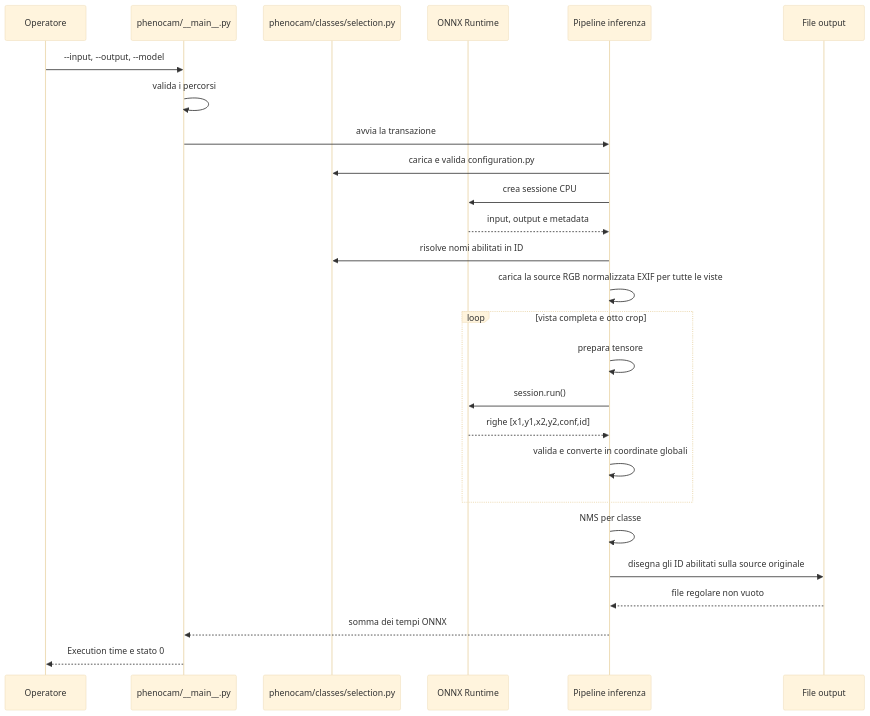
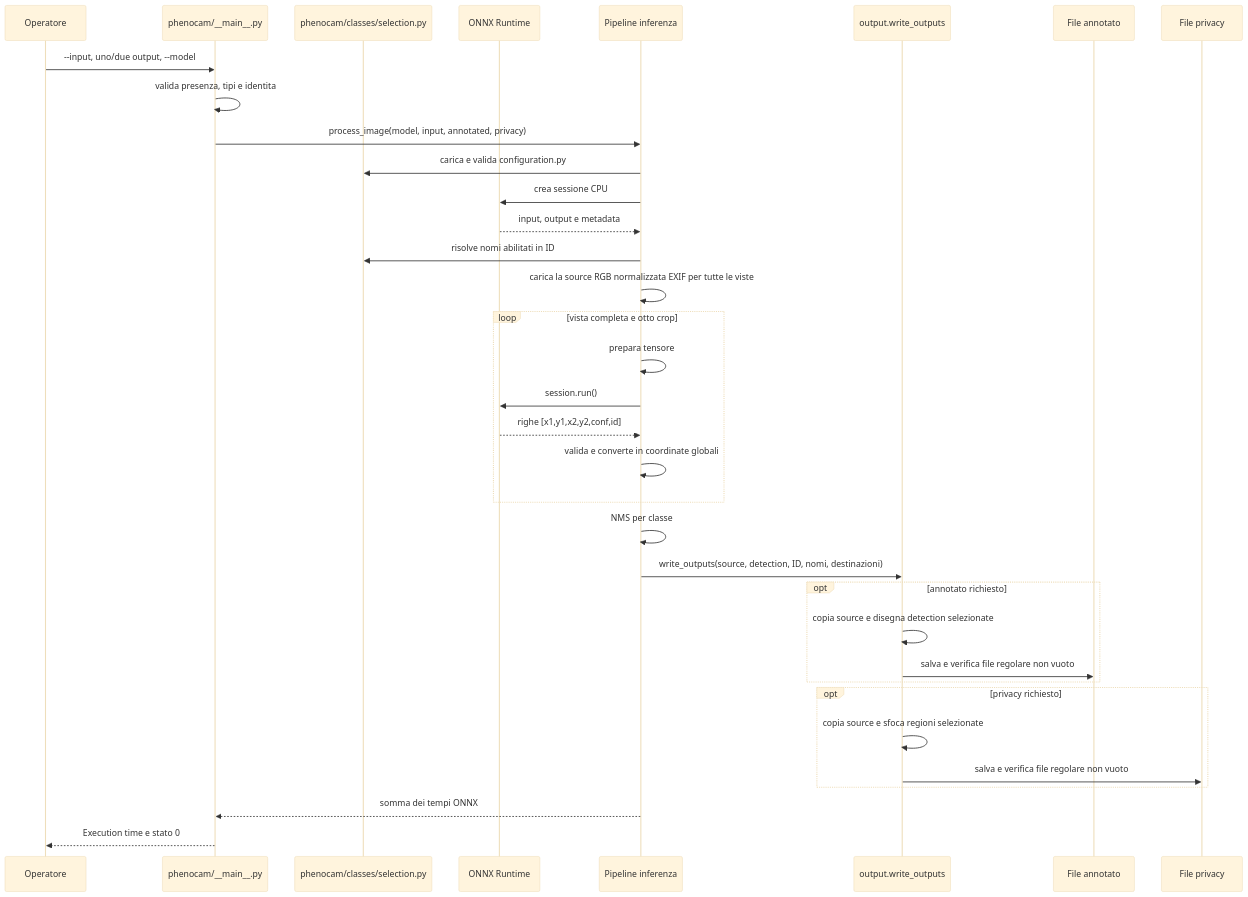
Before and after one commit to e-tufarini-terrasystem/phenocam-vision-edge: the second of 2 diagrams in docs/architettura.md, drawn with Mermaid (base theme). The commit also changed other lines of this file and 2 other files, not shown here.

````diff
--- a/docs/architettura.md
+++ b/docs/architettura.md
@@ -57,29 +59,38 @@
 ```mermaid
 sequenceDiagram
     participant U as Operatore
     participant R as phenocam/__main__.py
     participant S as phenocam/classes/selection.py
     participant O as ONNX Runtime
     participant P as Pipeline inferenza
-    participant F as File output
+    participant F as output.write_outputs
+    participant A as File annotato
+    participant V as File privacy
 
-    U->>R: --input, --output, --model
-    R->>R: valida i percorsi
-    R->>P: avvia la transazione
+    U->>R: --input, uno/due output, --model
+    R->>R: valida presenza, tipi e identita
+    R->>P: process_image(model, input, annotated, privacy)
     P->>S: carica e valida configuration.py
     P->>O: crea sessione CPU
     O-->>P: input, output e metadata
     P->>S: risolve nomi abilitati in ID
     P->>P: carica la source RGB normalizzata EXIF per tutte le viste
     loop vista completa e otto crop
         P->>P: prepara tensore
         P->>O: session.run()
         O-->>P: righe [x1,y1,x2,y2,conf,id]
         P->>P: valida e converte in coordinate globali
     end
     P->>P: NMS per classe
-    P->>F: disegna gli ID abilitati sulla source originale
-    F-->>P: file regolare non vuoto
+    P->>F: write_outputs(source, detection, ID, nomi, destinazioni)
+    opt annotato richiesto
+        F->>F: copia source e disegna detection selezionate
+        F->>A: salva e verifica file regolare non vuoto
+    end
+    opt privacy richiesto
+        F->>F: copia source e sfoca regioni selezionate
+        F->>V: salva e verifica file regolare non vuoto
+    end
     P-->>R: somma dei tempi ONNX
     R-->>U: Execution time e stato 0
 ```
````
